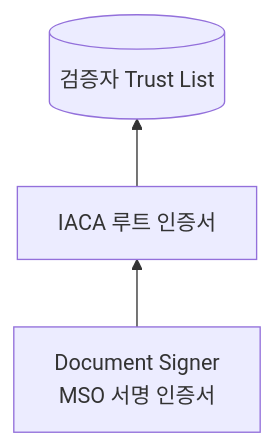
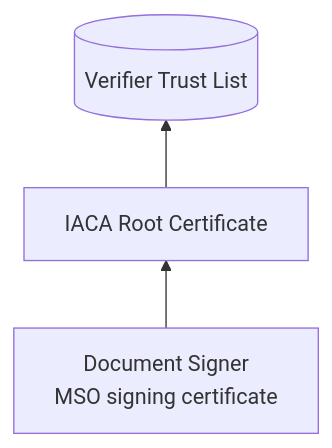
Before and after one commit to OmniOneID/poc-oid4vc: the fourth of 5 diagrams in docs/concepts/mdoc/mdoc_verification_and_trust.md, drawn with Mermaid. The commit also changed other lines of this file and 29 other files, not shown here.

````diff
--- a/docs/concepts/mdoc/mdoc_verification_and_trust.md
+++ b/docs/concepts/mdoc/mdoc_verification_and_trust.md
@@ -127,5 +127,5 @@
 ```mermaid
 flowchart BT
-    DS[Document Signer<br/>MSO 서명 인증서] --> IACA[IACA 루트 인증서]
-    IACA --> TL[(검증자 Trust List)]
+    DS[Document Signer<br/>MSO signing certificate] --> IACA[IACA Root Certificate]
+    IACA --> TL[(Verifier Trust List)]
 ```
````
